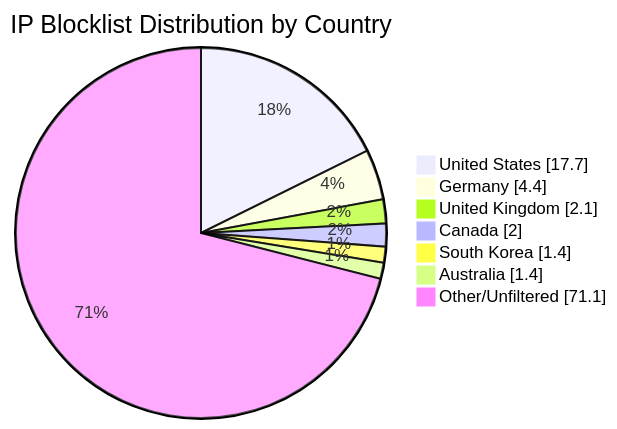
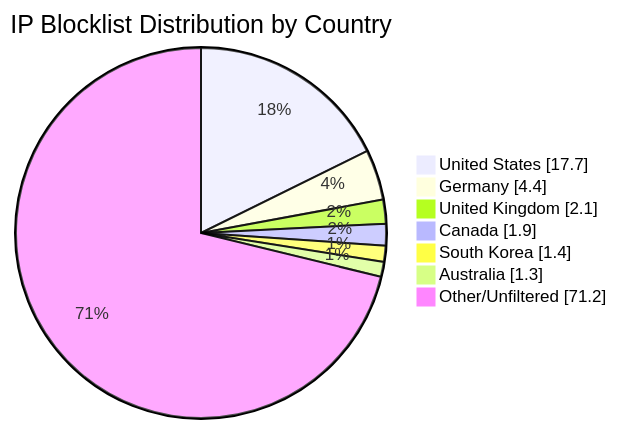
One commit to MarcusHoltz/ipblocklist-geofiltered-aggregator changed the diagram in README.md. Above: the diagram before and after it, drawn with Mermaid. The commit also changed other lines of this file and 9 other files, not shown here.

````diff
--- a/README.md
+++ b/README.md
@@ -34,10 +34,10 @@
 ```mermaid
 pie showData title IP Blocklist Distribution by Country
 "United States" : 17.7
 "Germany" : 4.4
 "United Kingdom" : 2.1
-"Canada" : 2.0
+"Canada" : 1.9
 "South Korea" : 1.4
-"Australia" : 1.4
-"Other/Unfiltered" : 71.1
+"Australia" : 1.3
+"Other/Unfiltered" : 71.2
 ```
````
